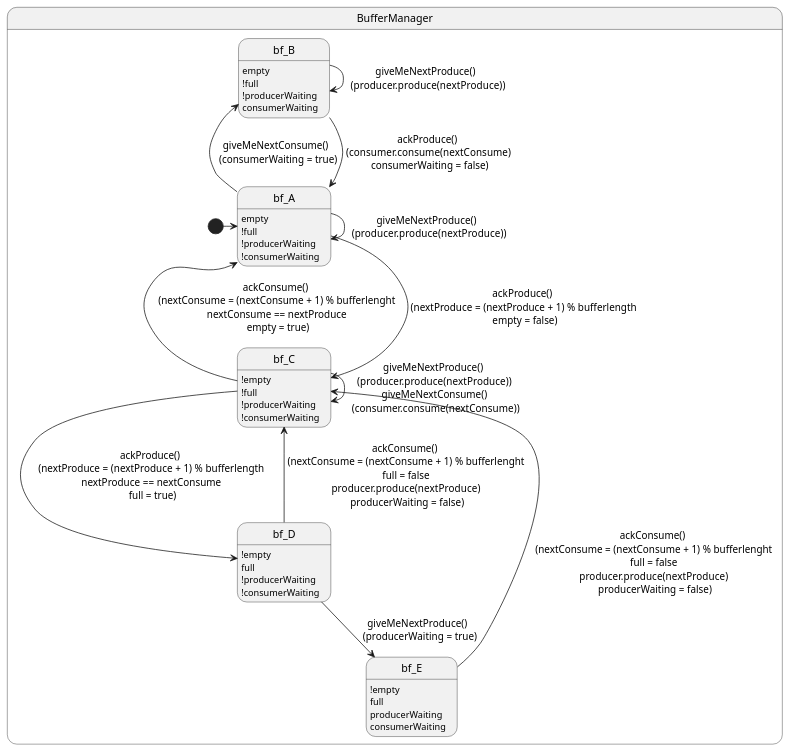
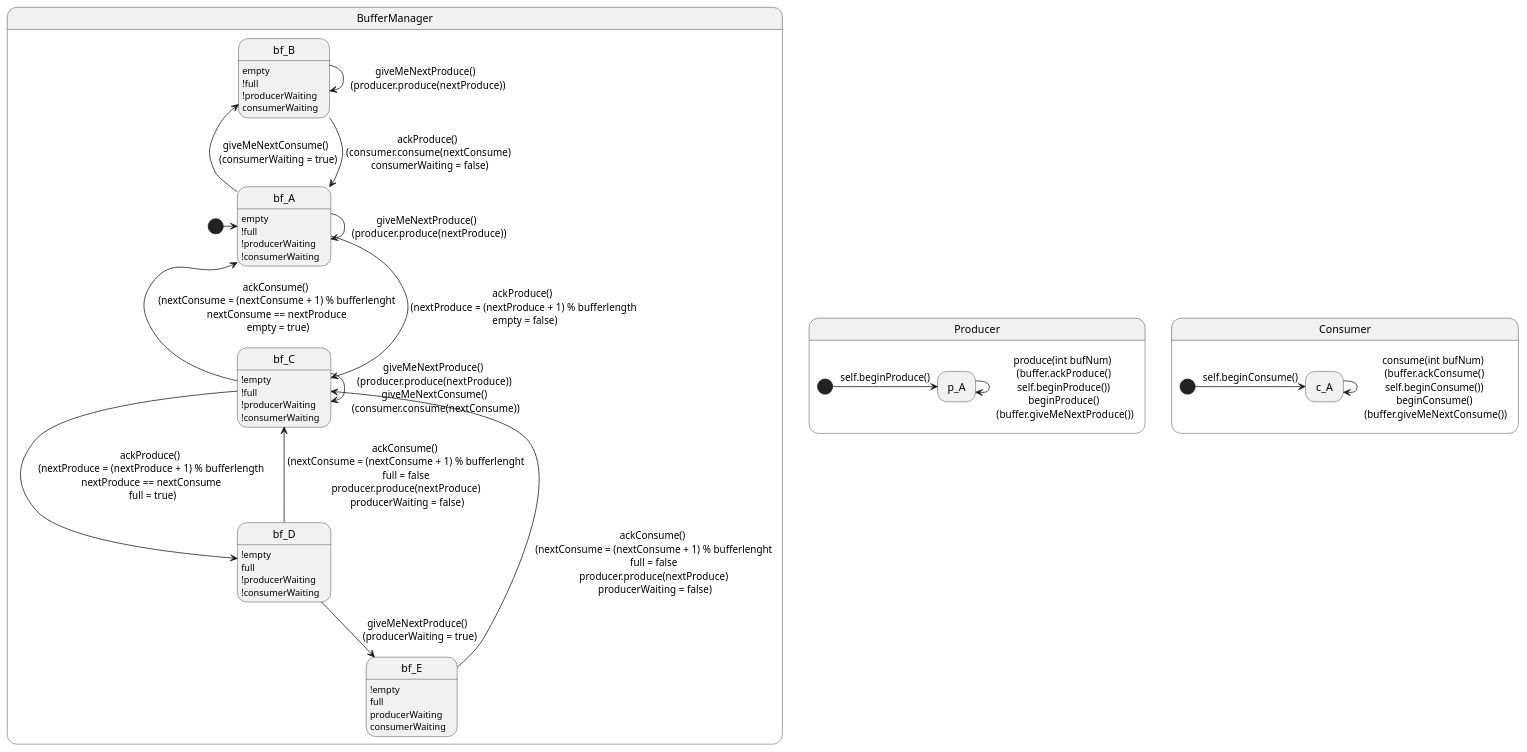
One commit to gnowin/UML-To-Rebecca-Dataset changed the diagram in ModelTranslations/ProducerConsumer/ProducerConsumer.plantuml. Above: the diagram before and after it, drawn with PlantUML.

Commit message:
ConsumerProducer added missing state diagrams

```diff
--- a/ModelTranslations/ProducerConsumer/ProducerConsumer.plantuml
+++ b/ModelTranslations/ProducerConsumer/ProducerConsumer.plantuml
@@ -1,54 +1,68 @@
 @startuml
 
 hide empty description
 
 state BufferManager {
     state bf_A : empty
     state bf_A : !full
     state bf_A : !producerWaiting
     state bf_A : !consumerWaiting
 
     state bf_B : empty
     state bf_B : !full
     state bf_B : !producerWaiting
     state bf_B : consumerWaiting
 
     state bf_C : !empty
     state bf_C : !full
     state bf_C : !producerWaiting
     state bf_C : !consumerWaiting
 
     state bf_D : !empty
     state bf_D : full
     state bf_D : !producerWaiting
     state bf_D : !consumerWaiting
 
     state bf_E : !empty
     state bf_E : full
     state bf_E : producerWaiting
     state bf_E : consumerWaiting
 
     
     [*] -> bf_A
 
     bf_A -> bf_A : giveMeNextProduce() \n (producer.produce(nextProduce))
 
     bf_A -up-> bf_B : giveMeNextConsume() \n (consumerWaiting = true)
     bf_B -down-> bf_A : ackProduce() \n (consumer.consume(nextConsume) \n consumerWaiting = false)
    
     bf_B -> bf_B : giveMeNextProduce() \n (producer.produce(nextProduce))
 
     bf_A --> bf_C : ackProduce() \n (nextProduce = (nextProduce + 1) % bufferlength \n empty = false)
     bf_C -left-> bf_A : ackConsume() \n (nextConsume = (nextConsume + 1) % bufferlenght \n nextConsume == nextProduce \n empty = true)
 
     bf_C -> bf_C : giveMeNextProduce() \n (producer.produce(nextProduce)) \n giveMeNextConsume() \n (consumer.consume(nextConsume))
 
     bf_C --> bf_D : ackProduce() \n (nextProduce = (nextProduce + 1) % bufferlength \n nextProduce == nextConsume \n full = true)
     bf_D --> bf_C : ackConsume() \n (nextConsume = (nextConsume + 1) % bufferlenght \n full = false \n producer.produce(nextProduce) \n producerWaiting = false)
 
     bf_D --> bf_E : giveMeNextProduce() \n (producerWaiting = true)
     bf_E --> bf_C : ackConsume() \n (nextConsume = (nextConsume + 1) % bufferlenght \n full = false \n producer.produce(nextProduce) \n producerWaiting = false)
-    
+}
+
+state Producer{
+
+    state p_A
+
+    [*] -> p_A : self.beginProduce()
+    p_A -> p_A : produce(int bufNum) \n (buffer.ackProduce() \n self.beginProduce()) \n beginProduce() \n (buffer.giveMeNextProduce())
+}
+
+state Consumer{
+    state c_A
+
+    [*] -> c_A : self.beginConsume()
+    c_A -> c_A : consume(int bufNum) \n (buffer.ackConsume() \n self.beginConsume()) \n beginConsume() \n (buffer.giveMeNextConsume())
 }
 
 @enduml
```
